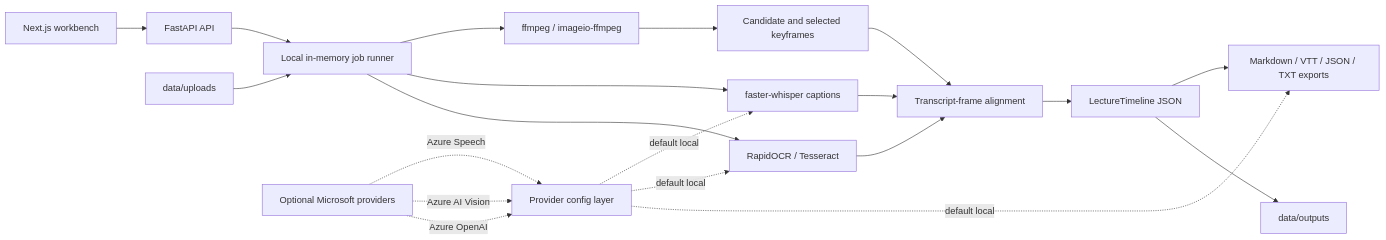
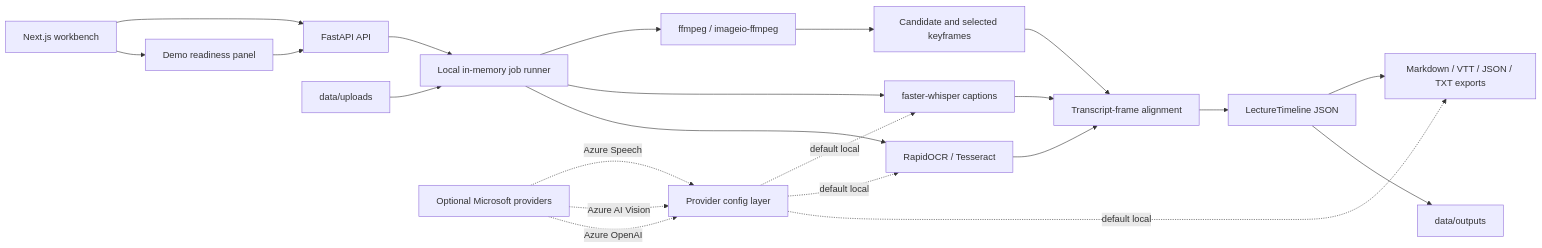
The diagram in docs/ARCHITECTURE.md (V3sr/AccessiNote), drawn with Mermaid before and after one commit. The commit also changed other lines of this file and 6 other files, not shown here.

Commit message:
Add demo readiness diagnostics

````diff
--- a/docs/ARCHITECTURE.md
+++ b/docs/ARCHITECTURE.md
@@ -48,22 +50,24 @@
 ```mermaid
 flowchart LR
   UI[Next.js workbench] --> API[FastAPI API]
+  UI --> STATUS[Demo readiness panel]
+  STATUS --> API
   API --> JOB[Local in-memory job runner]
   JOB --> FFMPEG[ffmpeg / imageio-ffmpeg]
   JOB --> WHISPER[faster-whisper captions]
   JOB --> OCR[RapidOCR / Tesseract]
   FFMPEG --> FRAMES[Candidate and selected keyframes]
   WHISPER --> ALIGN[Transcript-frame alignment]
   OCR --> ALIGN
   FRAMES --> ALIGN
   ALIGN --> TIMELINE[LectureTimeline JSON]
   TIMELINE --> OUTPUTS[Markdown / VTT / JSON / TXT exports]
   TIMELINE --> STORE[data/outputs]
   UPLOADS[data/uploads] --> JOB
   PROVIDERS[Provider config layer] -. default local .-> WHISPER
   PROVIDERS -. default local .-> OCR
   PROVIDERS -. default local .-> OUTPUTS
   AZURE[Optional Microsoft providers] -. Azure Speech .-> PROVIDERS
   AZURE -. Azure AI Vision .-> PROVIDERS
   AZURE -. Azure OpenAI .-> PROVIDERS
 ```
````
